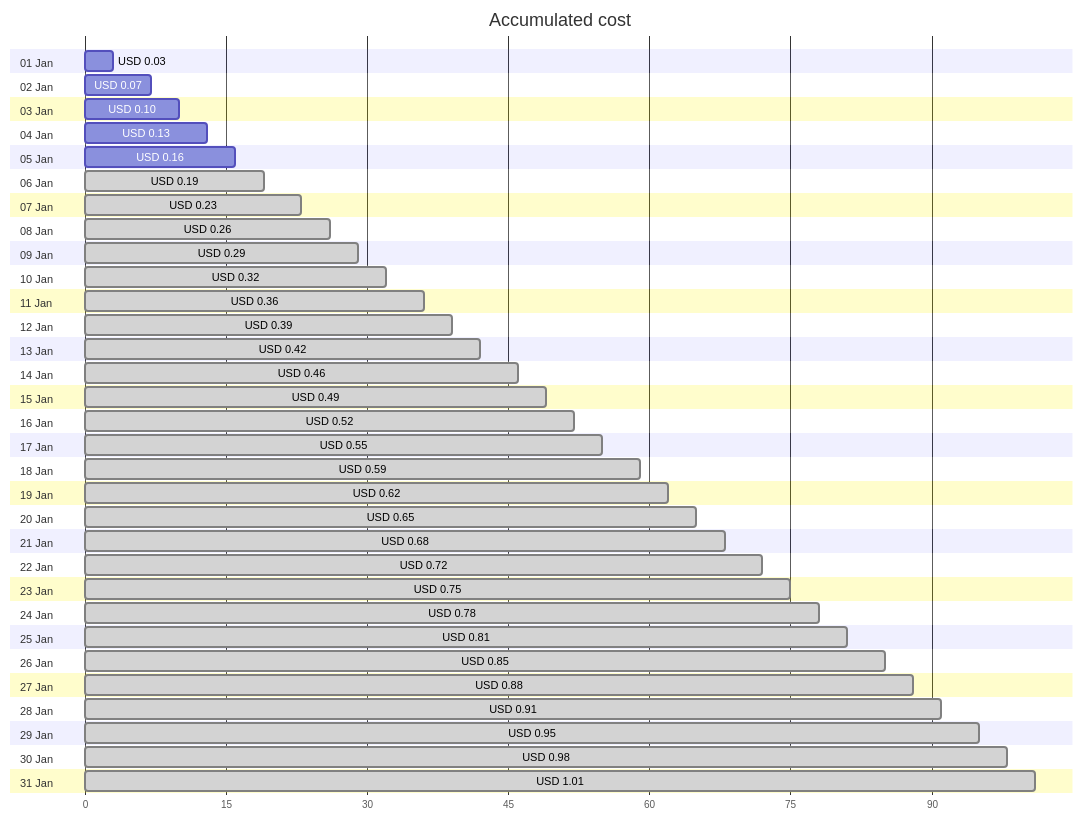
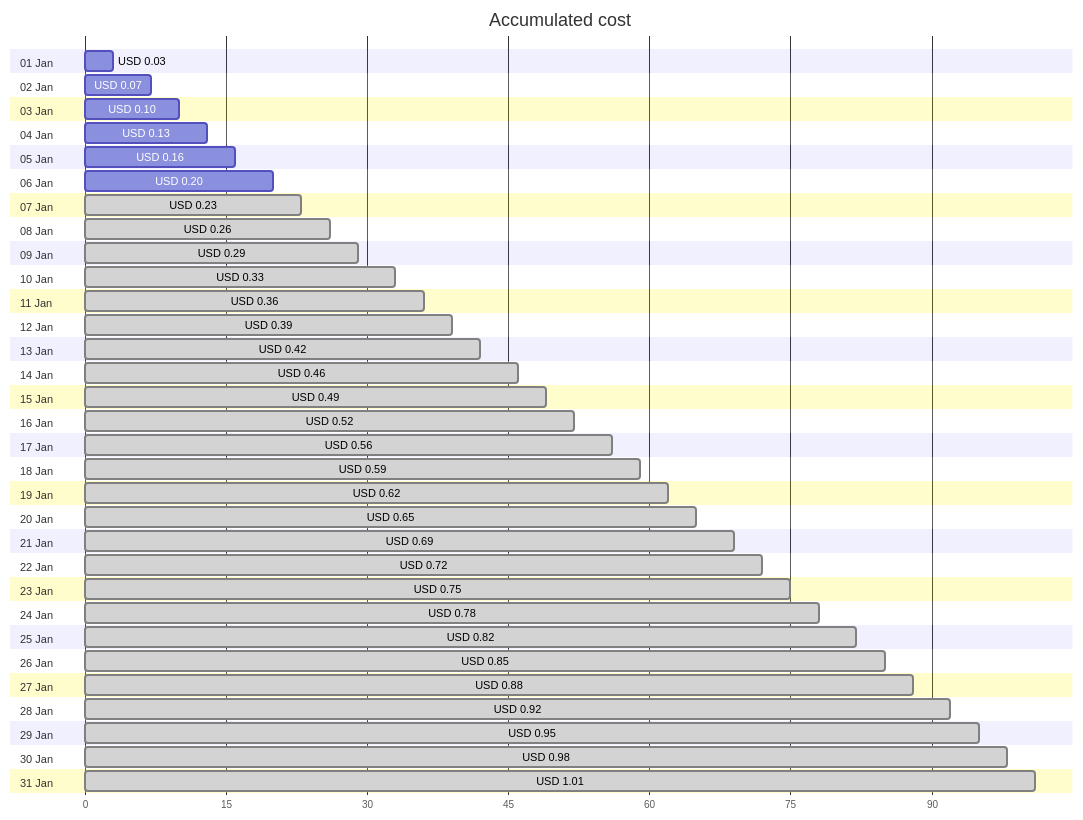
The first of 4 diagrams in cost-reports/personal-dns/README.md (jpfulton/azure-personal-reports), drawn with Mermaid before and after one commit. The commit also changed other lines of this file and 2 other files, not shown here.

````diff
--- a/cost-reports/personal-dns/README.md
+++ b/cost-reports/personal-dns/README.md
@@ -20,68 +20,68 @@
 ```mermaid
 gantt
    title Accumulated cost
    dateFormat  X
    axisFormat %s
    section 01 Jan
    USD 0.03 :0, 3
    section 02 Jan
    USD 0.07 :0, 7
    section 03 Jan
    USD 0.10 :0, 10
    section 04 Jan
    USD 0.13 :0, 13
    section 05 Jan
    USD 0.16 :0, 16
    section 06 Jan
-   USD 0.19 : done, 0, 19
+   USD 0.20 :0, 20
    section 07 Jan
    USD 0.23 : done, 0, 23
    section 08 Jan
    USD 0.26 : done, 0, 26
    section 09 Jan
    USD 0.29 : done, 0, 29
    section 10 Jan
-   USD 0.32 : done, 0, 32
+   USD 0.33 : done, 0, 33
    section 11 Jan
    USD 0.36 : done, 0, 36
    section 12 Jan
    USD 0.39 : done, 0, 39
    section 13 Jan
    USD 0.42 : done, 0, 42
    section 14 Jan
    USD 0.46 : done, 0, 46
    section 15 Jan
    USD 0.49 : done, 0, 49
    section 16 Jan
    USD 0.52 : done, 0, 52
    section 17 Jan
-   USD 0.55 : done, 0, 55
+   USD 0.56 : done, 0, 56
    section 18 Jan
    USD 0.59 : done, 0, 59
    section 19 Jan
    USD 0.62 : done, 0, 62
    section 20 Jan
    USD 0.65 : done, 0, 65
    section 21 Jan
-   USD 0.68 : done, 0, 68
+   USD 0.69 : done, 0, 69
    section 22 Jan
    USD 0.72 : done, 0, 72
    section 23 Jan
    USD 0.75 : done, 0, 75
    section 24 Jan
    USD 0.78 : done, 0, 78
    section 25 Jan
-   USD 0.81 : done, 0, 81
+   USD 0.82 : done, 0, 82
    section 26 Jan
    USD 0.85 : done, 0, 85
    section 27 Jan
    USD 0.88 : done, 0, 88
    section 28 Jan
-   USD 0.91 : done, 0, 91
+   USD 0.92 : done, 0, 92
    section 29 Jan
    USD 0.95 : done, 0, 95
    section 30 Jan
    USD 0.98 : done, 0, 98
    section 31 Jan
    USD 1.01 : done, 0, 101
 ```
````
